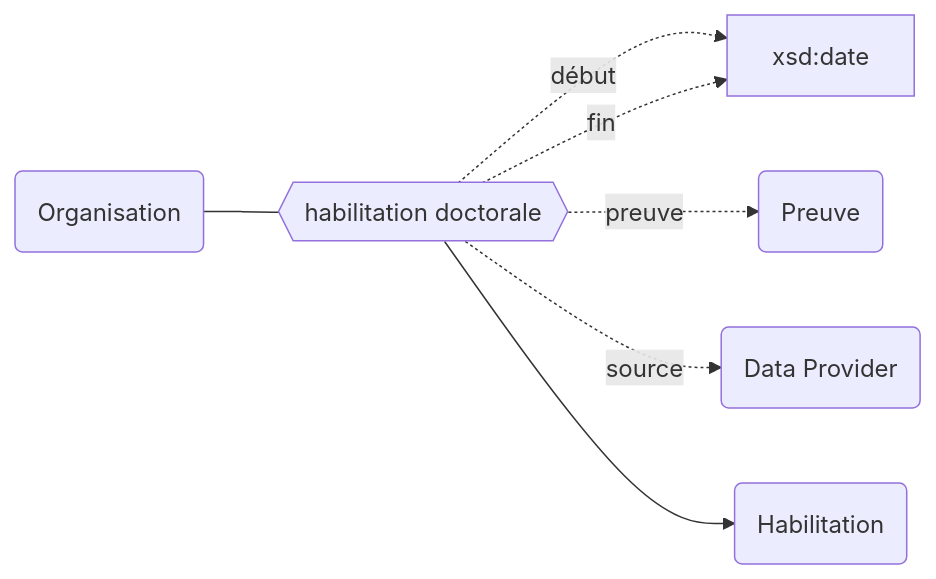
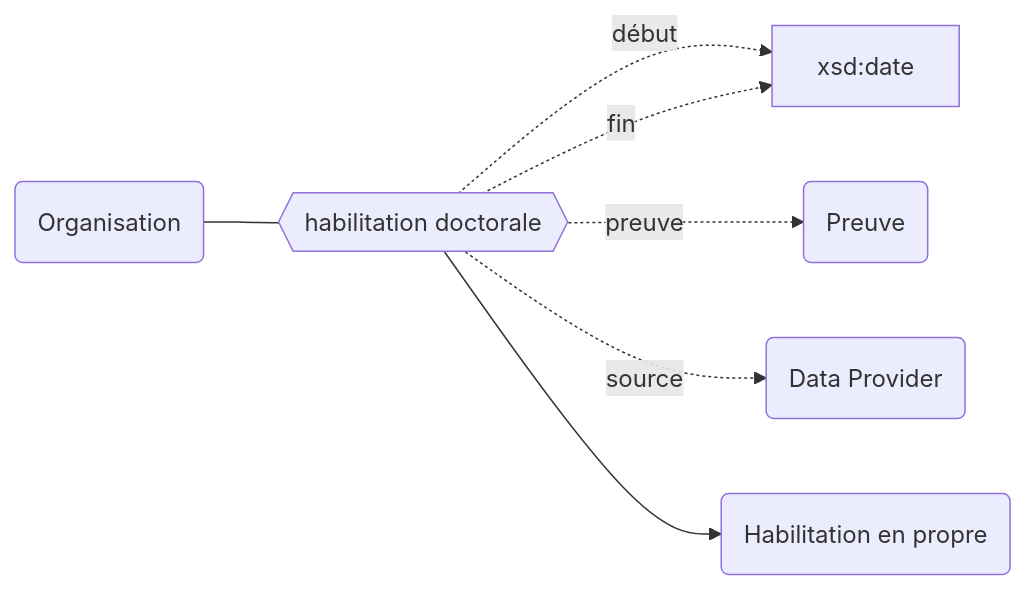
The first of 4 diagrams in docs/Modélisation Movies/Habilitation Doctorale/Habilitation Doctorale.md (abes-esr/movies-documentation), drawn with Mermaid before and after one commit. The commit also changed other lines of this file, not shown here.

Commit message:
Update Habilitation Doctorale.md

````diff
--- a/docs/Modélisation Movies/Habilitation Doctorale/Habilitation Doctorale.md
+++ b/docs/Modélisation Movies/Habilitation Doctorale/Habilitation Doctorale.md
@@ -11,12 +13,12 @@
 ```mermaid
 graph LR
     ORG(Organisation) 
     HAB{{habilitation doctorale}}
     
     ORG --- HAB
     HAB -.->|début| xsd:date
     HAB -.->|fin| xsd:date
     HAB -.-> |preuve| PreuveHAB(Preuve)
     HAB -.-> |source| SourceHAB(Data Provider)
-    HAB --> Habilitation(Habilitation)
+    HAB --> Habilitation(Habilitation en propre)
 ```
````
